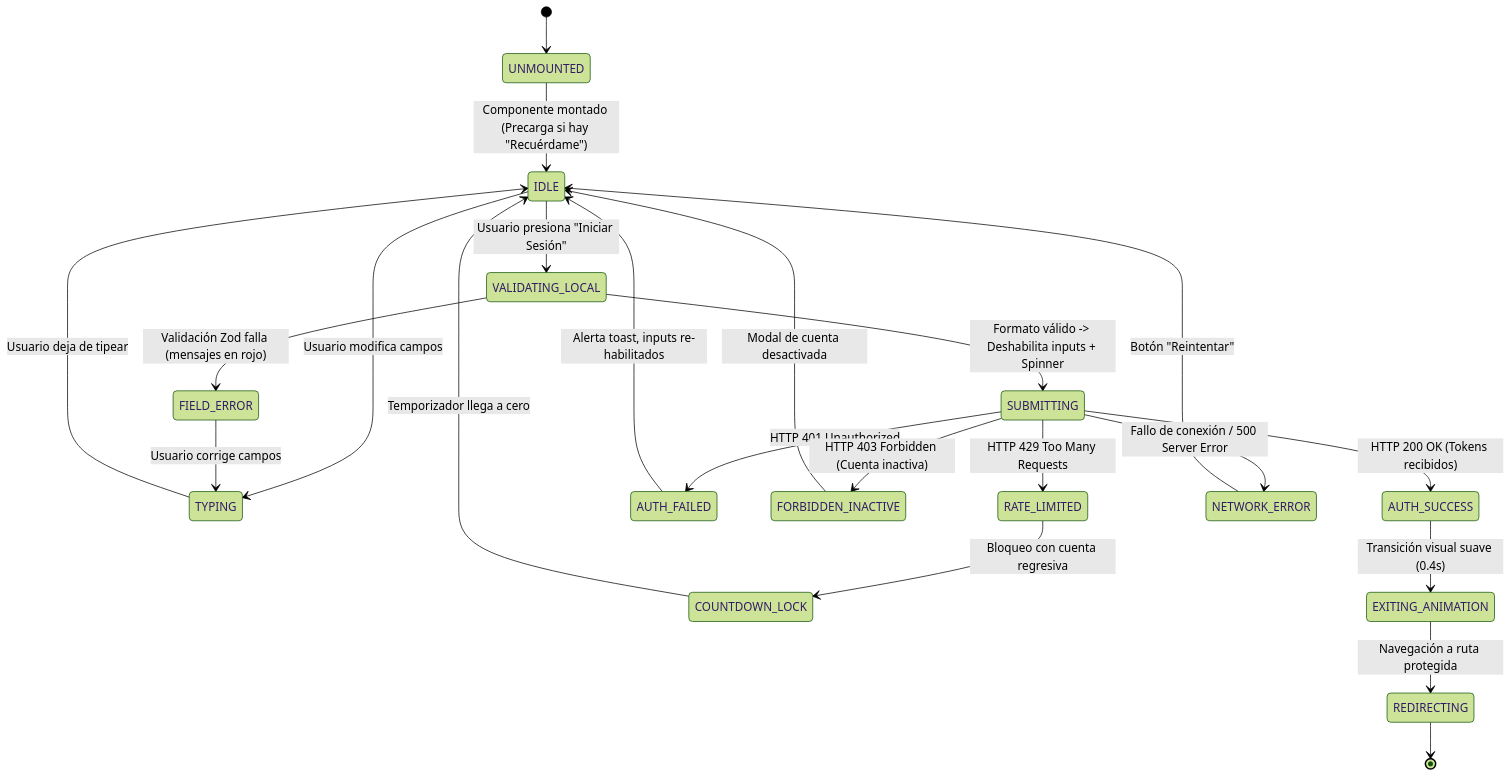
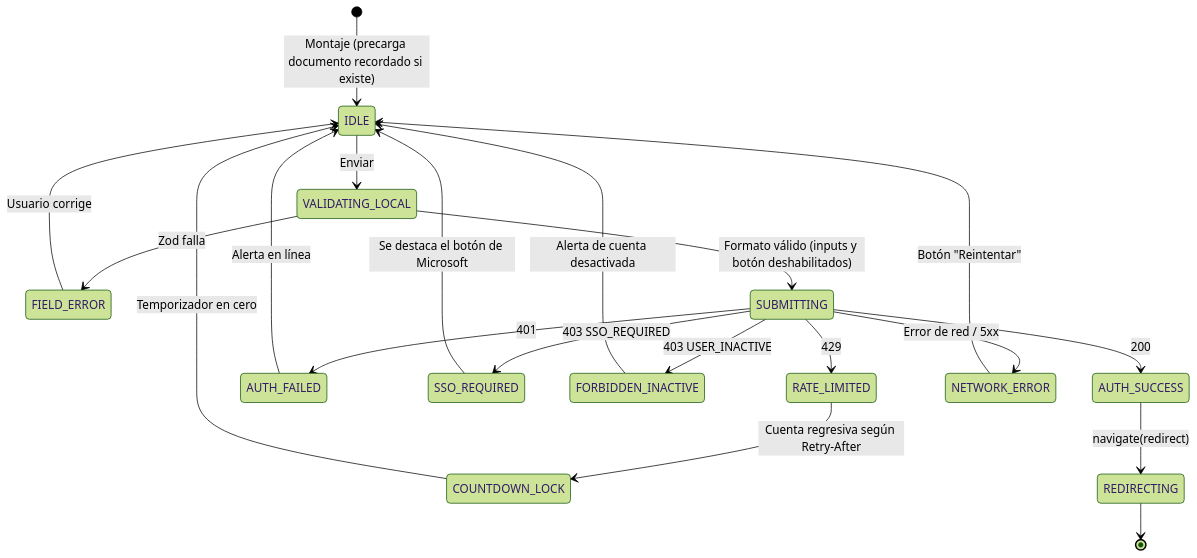
Before and after one commit to jnmontoy/sdd: the fourth of 4 diagrams in greenfield/pages/login/02_arquitectura_y_maquina_estados.md, drawn with Mermaid (forest theme). The commit also changed other lines of this file and 152 other files, not shown here.

````diff
--- a/greenfield/pages/login/02_arquitectura_y_maquina_estados.md
+++ b/greenfield/pages/login/02_arquitectura_y_maquina_estados.md
@@ -138,30 +123,25 @@
 ```mermaid
 stateDiagram-v2
-    [*] --> UNMOUNTED
-    UNMOUNTED --> IDLE : Componente montado (Precarga si hay "Recuérdame")
-    
-    IDLE --> TYPING : Usuario modifica campos
-    TYPING --> IDLE : Usuario deja de tipear
-    
-    IDLE --> VALIDATING_LOCAL : Usuario presiona "Iniciar Sesión"
-    VALIDATING_LOCAL --> FIELD_ERROR : Validación Zod falla (mensajes en rojo)
-    FIELD_ERROR --> TYPING : Usuario corrige campos
-    
-    VALIDATING_LOCAL --> SUBMITTING : Formato válido -> Deshabilita inputs + Spinner
-    
-    SUBMITTING --> AUTH_SUCCESS : HTTP 200 OK (Tokens recibidos)
-    SUBMITTING --> AUTH_FAILED : HTTP 401 Unauthorized
-    SUBMITTING --> FORBIDDEN_INACTIVE : HTTP 403 Forbidden (Cuenta inactiva)
-    SUBMITTING --> RATE_LIMITED : HTTP 429 Too Many Requests
-    SUBMITTING --> NETWORK_ERROR : Fallo de conexión / 500 Server Error
-    
-    AUTH_FAILED --> IDLE : Alerta toast, inputs re-habilitados
-    FORBIDDEN_INACTIVE --> IDLE : Modal de cuenta desactivada
-    RATE_LIMITED --> COUNTDOWN_LOCK : Bloqueo con cuenta regresiva
-    COUNTDOWN_LOCK --> IDLE : Temporizador llega a cero
+    [*] --> IDLE : Montaje (precarga documento recordado si existe)
+    IDLE --> VALIDATING_LOCAL : Enviar
+    VALIDATING_LOCAL --> FIELD_ERROR : Zod falla
+    FIELD_ERROR --> IDLE : Usuario corrige
+    VALIDATING_LOCAL --> SUBMITTING : Formato válido (inputs y botón deshabilitados)
+
+    SUBMITTING --> AUTH_SUCCESS : 200
+    SUBMITTING --> AUTH_FAILED : 401
+    SUBMITTING --> SSO_REQUIRED : 403 SSO_REQUIRED
+    SUBMITTING --> FORBIDDEN_INACTIVE : 403 USER_INACTIVE
+    SUBMITTING --> RATE_LIMITED : 429
+    SUBMITTING --> NETWORK_ERROR : Error de red / 5xx
+
+    AUTH_FAILED --> IDLE : Alerta en línea
+    SSO_REQUIRED --> IDLE : Se destaca el botón de Microsoft
+    FORBIDDEN_INACTIVE --> IDLE : Alerta de cuenta desactivada
+    RATE_LIMITED --> COUNTDOWN_LOCK : Cuenta regresiva según Retry-After
+    COUNTDOWN_LOCK --> IDLE : Temporizador en cero
     NETWORK_ERROR --> IDLE : Botón "Reintentar"
-    
-    AUTH_SUCCESS --> EXITING_ANIMATION : Transición visual suave (0.4s)
-    EXITING_ANIMATION --> REDIRECTING : Navegación a ruta protegida
+
+    AUTH_SUCCESS --> REDIRECTING : navigate(redirect)
     REDIRECTING --> [*]
 ```
````
